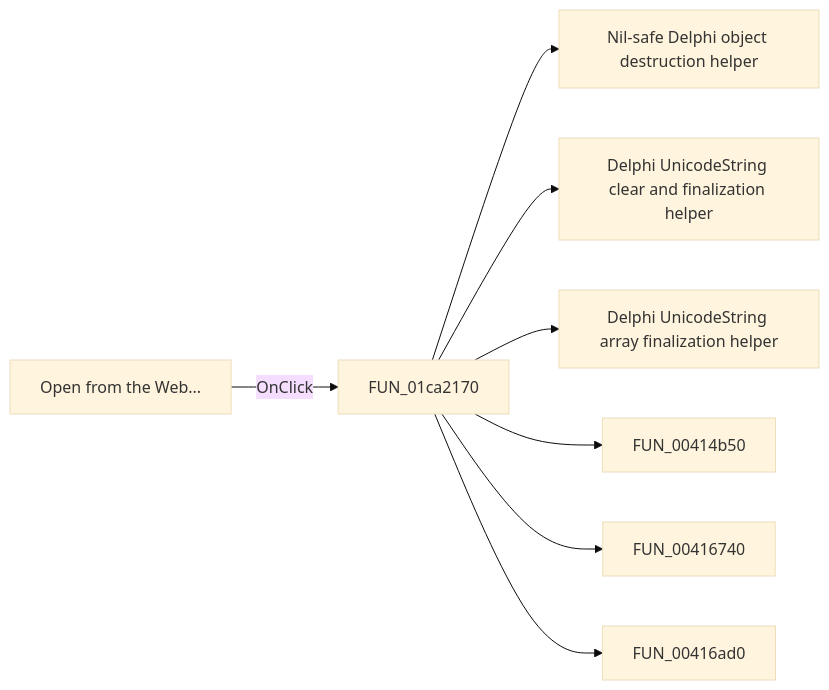
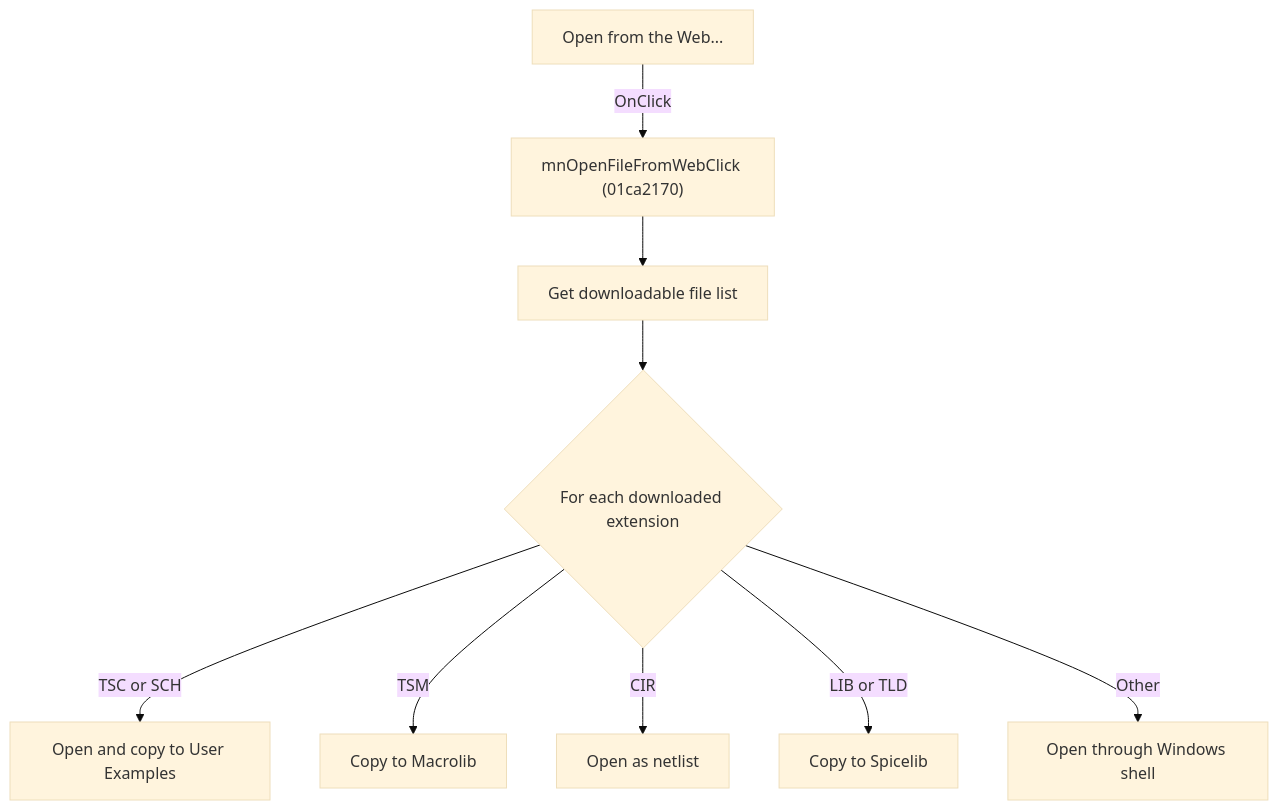
One commit to MovGP0/TIARA changed the diagram in docs/ui-controls/schematiceditor/mnopenfilefromweb-36c84f66ee.md. Above: the diagram before and after it, drawn with Mermaid (base theme). The commit also changed other lines of this file and 1062 other files, not shown here.

````diff
--- a/docs/ui-controls/schematiceditor/mnopenfilefromweb-36c84f66ee.md
+++ b/docs/ui-controls/schematiceditor/mnopenfilefromweb-36c84f66ee.md
@@ -27,10 +27,11 @@
 ```mermaid
-flowchart LR
-    control["Open from the Web..."] -->|OnClick| handler["FUN_01ca2170"]
-    handler --> call1["Nil-safe Delphi object destruction helper"]
-    handler --> call2["Delphi UnicodeString clear and finalization helper"]
-    handler --> call3["Delphi UnicodeString array finalization helper"]
-    handler --> call4["FUN_00414b50"]
-    handler --> call5["FUN_00416740"]
-    handler --> call6["FUN_00416ad0"]
+flowchart TD
+    control["Open from the Web..."] -->|"OnClick"| handler["mnOpenFileFromWebClick (01ca2170)"]
+    handler --> list["Get downloadable file list"]
+    list --> files{"For each downloaded extension"}
+    files -->|"TSC or SCH"| schematic["Open and copy to User Examples"]
+    files -->|"TSM"| macro["Copy to Macrolib"]
+    files -->|"CIR"| netlist["Open as netlist"]
+    files -->|"LIB or TLD"| library["Copy to Spicelib"]
+    files -->|"Other"| shell["Open through Windows shell"]
 ```
````
